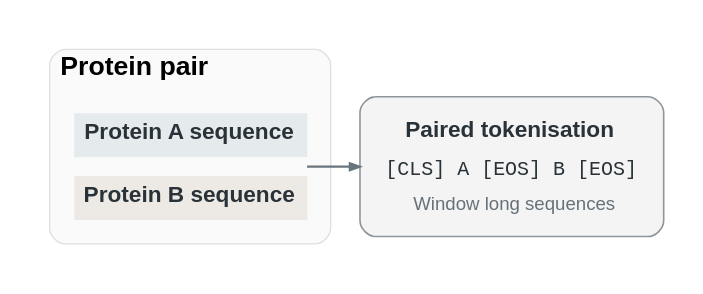
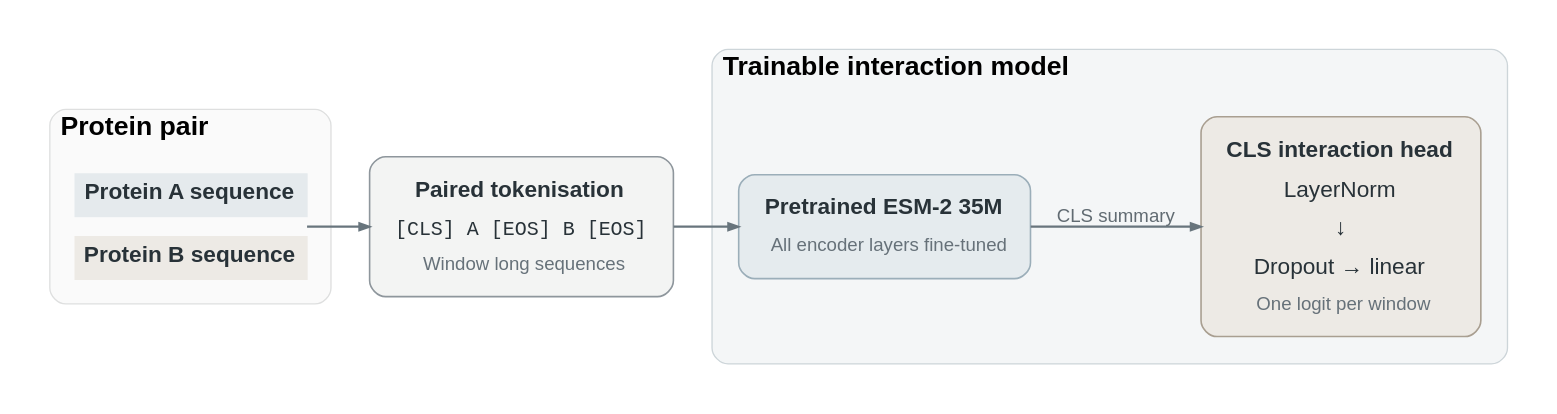
The diagram in docs/architecture.dot (appliedCL/interseek), drawn with Graphviz before and after one commit.

Commit message:
show the pretrained encoder and interaction head

```diff
--- a/docs/architecture.dot
+++ b/docs/architecture.dot
@@ -1,30 +1,54 @@
 // Render with Graphviz: dot -Tsvg docs/architecture.dot -o docs/assets/architecture.svg
 // The figure describes the released 35M model with the default CLS head.
 digraph InterSeek {
   graph [rankdir=LR, bgcolor="white", pad="0.3", nodesep="0.55", ranksep="0.55", splines=polyline, newrank=true, compound=true, fontname="Arial", fontsize=18];
   node [shape=box, style="rounded,filled", color="#8e969c", fillcolor="#ffffff", fontcolor="#283238", penwidth=1.2, fontname="Arial", fontsize=17, margin="0.20,0.17"];
   edge [color="#68757d", penwidth=1.6, arrowsize=0.75, fontname="Arial", fontsize=14, fontcolor="#616b72"];
 
   subgraph cluster_input {
     label=<<B>Protein pair</B>>;
     labeljust=l; labelloc=t; fontsize=20;
     style="rounded,filled"; color="#dedfdf"; fillcolor="#fafafa"; margin=18;
     pair [shape=plain, style="", label=<
       <TABLE BORDER="0" CELLBORDER="0" CELLSPACING="0" CELLPADDING="7">
         <TR><TD BGCOLOR="#e5eaed"><B>Protein A sequence</B></TD></TR>
         <TR><TD HEIGHT="14"></TD></TR>
         <TR><TD BGCOLOR="#edeae5"><B>Protein B sequence</B></TD></TR>
       </TABLE>
     >];
   }
 
   paired [label=<
     <TABLE BORDER="0" CELLBORDER="0" CELLSPACING="0" CELLPADDING="5">
       <TR><TD><B>Paired tokenisation</B></TD></TR>
       <TR><TD><FONT FACE="Courier New" POINT-SIZE="15">[CLS] A [EOS] B [EOS]</FONT></TD></TR>
       <TR><TD><FONT COLOR="#667179" POINT-SIZE="14">Window long sequences</FONT></TD></TR>
     </TABLE>
   >, fillcolor="#f3f4f3"];
 
-  pair -> paired;
+  subgraph cluster_model {
+    label=<<B>Trainable interaction model</B>>;
+    labeljust=l; labelloc=t; fontsize=20;
+    style="rounded,filled"; color="#cdd5d9"; fillcolor="#f4f6f7"; margin=20;
+    encoder [fillcolor="#e5ebee", color="#9baeb9", label=<
+      <TABLE BORDER="0" CELLBORDER="0" CELLSPACING="0" CELLPADDING="5">
+        <TR><TD><B>Pretrained ESM-2 35M</B></TD></TR>
+        <TR><TD><FONT POINT-SIZE="14" COLOR="#667179">All encoder layers fine-tuned</FONT></TD></TR>
+      </TABLE>
+    >];
+    head [label=<
+      <TABLE BORDER="0" CELLBORDER="0" CELLSPACING="0" CELLPADDING="5">
+        <TR><TD><B>CLS interaction head</B></TD></TR>
+        <TR><TD>LayerNorm</TD></TR>
+        <TR><TD>↓</TD></TR>
+        <TR><TD>Dropout → linear</TD></TR>
+        <TR><TD><FONT POINT-SIZE="14" COLOR="#667179">One logit per window</FONT></TD></TR>
+      </TABLE>
+    >, fillcolor="#edeae5", color="#a99f91"];
+    encoder -> head [label="CLS summary", weight=100];
+  }
+
+  pair [group=main]; paired [group=main]; encoder [group=main]; head [group=main];
+  pair -> paired [weight=100];
+  paired -> encoder [weight=100];
 }
```
